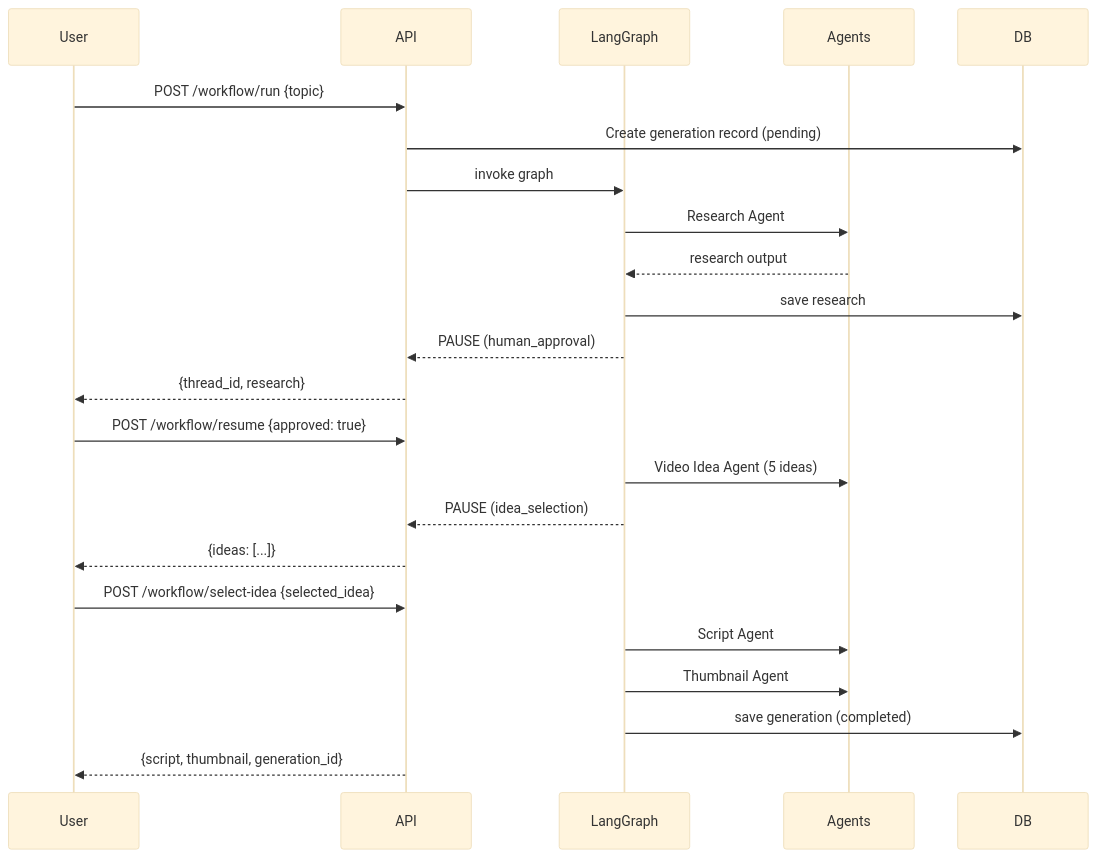
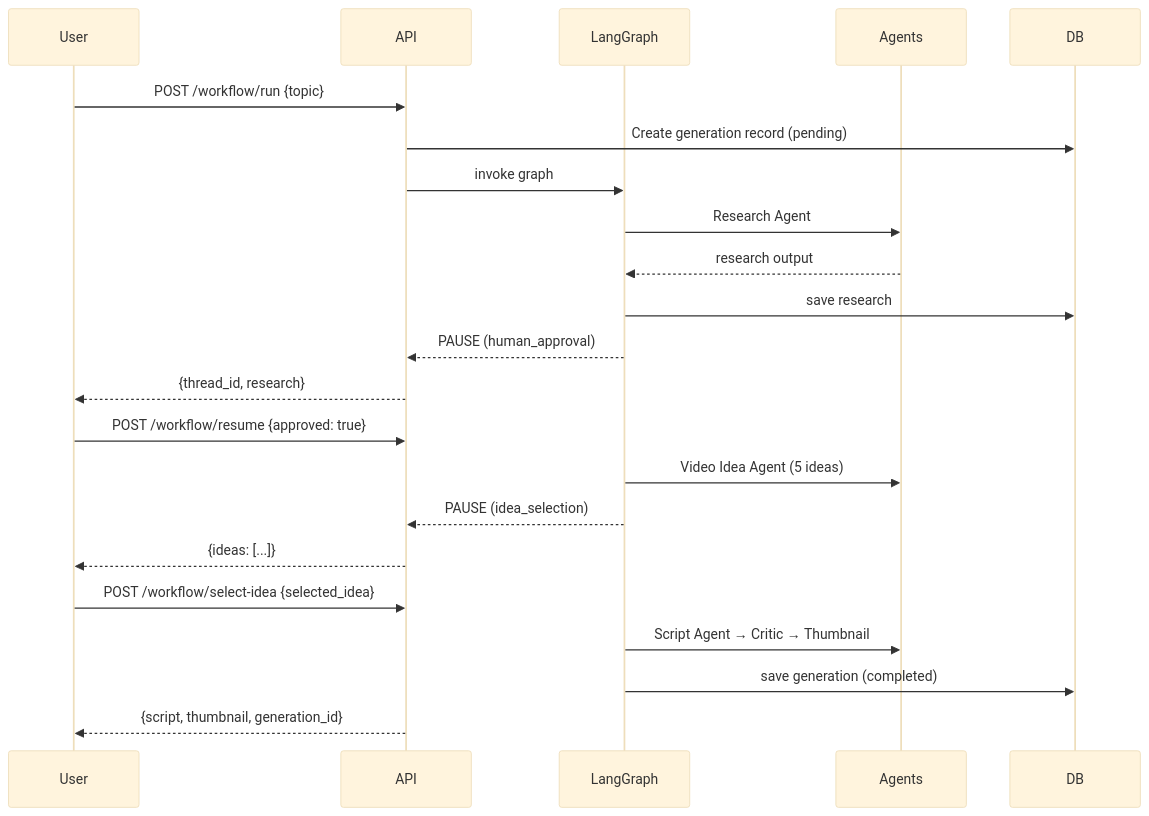
Before and after one commit to samer-shaikh/google: the second of 2 diagrams in backend/README.md, drawn with Mermaid (base theme). The commit also changed other lines of this file and 19 other files, not shown here.

````diff
--- a/backend/README.md
+++ b/backend/README.md
@@ -112,28 +166,27 @@
 ```mermaid
 sequenceDiagram
     participant User
     participant API
     participant LangGraph
     participant Agents
     participant DB
 
     User->>API: POST /workflow/run {topic}
     API->>DB: Create generation record (pending)
     API->>LangGraph: invoke graph
     LangGraph->>Agents: Research Agent
     Agents-->>LangGraph: research output
     LangGraph->>DB: save research
     LangGraph-->>API: PAUSE (human_approval)
     API-->>User: {thread_id, research}
 
     User->>API: POST /workflow/resume {approved: true}
     LangGraph->>Agents: Video Idea Agent (5 ideas)
     LangGraph-->>API: PAUSE (idea_selection)
     API-->>User: {ideas: [...]}
 
     User->>API: POST /workflow/select-idea {selected_idea}
-    LangGraph->>Agents: Script Agent
-    LangGraph->>Agents: Thumbnail Agent
+    LangGraph->>Agents: Script Agent → Critic → Thumbnail
     LangGraph->>DB: save generation (completed)
     API-->>User: {script, thumbnail, generation_id}
 ```
````
